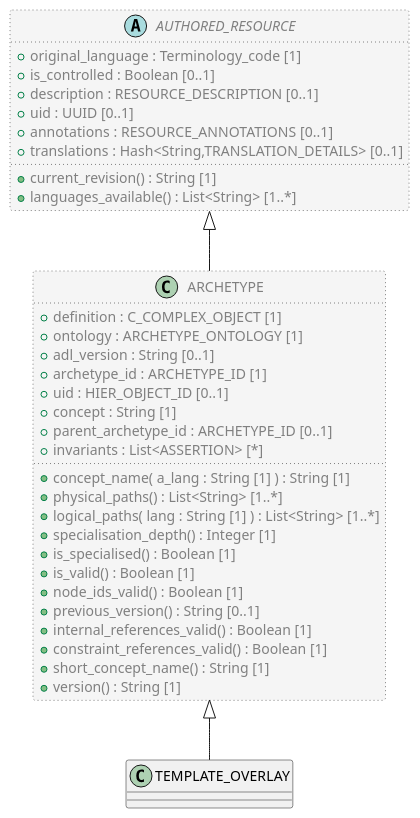
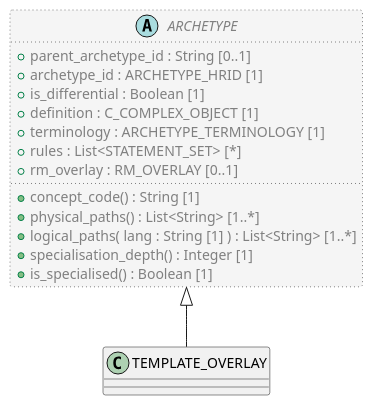
Before and after one commit to sebastian-iancu/code-generator: the diagram in code/Adoc/openehr_am_2.4.0/plantUML/classes/org.openehr.am.aom2.template_overlay.adoc, drawn with PlantUML. The commit also changed 719 other files, not shown here.

```diff
--- a/code/Adoc/openehr_am_2.4.0/plantUML/classes/org.openehr.am.aom2.template_overlay.adoc
+++ b/code/Adoc/openehr_am_2.4.0/plantUML/classes/org.openehr.am.aom2.template_overlay.adoc
@@ -1,48 +1,27 @@
 [plantuml,TEMPLATE_OVERLAY,format=svg,svg-type="inline"]
 -----
 @startuml
 
 class TEMPLATE_OVERLAY {
 }
 
-class ARCHETYPE  #whitesmoke;line:gray;line.dotted;text:gray {
+abstract class ARCHETYPE  #whitesmoke;line:gray;line.dotted;text:gray {
+  + parent_archetype_id : String [0..1]
+  + archetype_id : ARCHETYPE_HRID [1]
+  + is_differential : Boolean [1]
   + definition : C_COMPLEX_OBJECT [1]
-  + ontology : ARCHETYPE_ONTOLOGY [1]
-  + adl_version : String [0..1]
-  + archetype_id : ARCHETYPE_ID [1]
-  + uid : HIER_OBJECT_ID [0..1]
-  + concept : String [1]
-  + parent_archetype_id : ARCHETYPE_ID [0..1]
-  + invariants : List<ASSERTION> [*]
-  + concept_name( a_lang : String [1] ) : String [1]
+  + terminology : ARCHETYPE_TERMINOLOGY [1]
+  + rules : List<STATEMENT_SET> [*]
+  + rm_overlay : RM_OVERLAY [0..1]
+  + concept_code() : String [1]
   + physical_paths() : List<String> [1..*]
   + logical_paths( lang : String [1] ) : List<String> [1..*]
   + specialisation_depth() : Integer [1]
   + is_specialised() : Boolean [1]
-  + is_valid() : Boolean [1]
-  + node_ids_valid() : Boolean [1]
-  + previous_version() : String [0..1]
-  + internal_references_valid() : Boolean [1]
-  + constraint_references_valid() : Boolean [1]
-  + short_concept_name() : String [1]
-  + version() : String [1]
 }
-
-abstract class AUTHORED_RESOURCE  #whitesmoke;line:gray;line.dotted;text:gray {
-  + original_language : Terminology_code [1]
-  + is_controlled : Boolean [0..1]
-  + description : RESOURCE_DESCRIPTION [0..1]
-  + uid : UUID [0..1]
-  + annotations : RESOURCE_ANNOTATIONS [0..1]
-  + translations : Hash<String,TRANSLATION_DETAILS> [0..1]
-  + current_revision() : String [1]
-  + languages_available() : List<String> [1..*]
-}
-
-AUTHORED_RESOURCE <|-- ARCHETYPE
 
 ARCHETYPE <|-- TEMPLATE_OVERLAY
 
 
 @enduml
 -----
```
